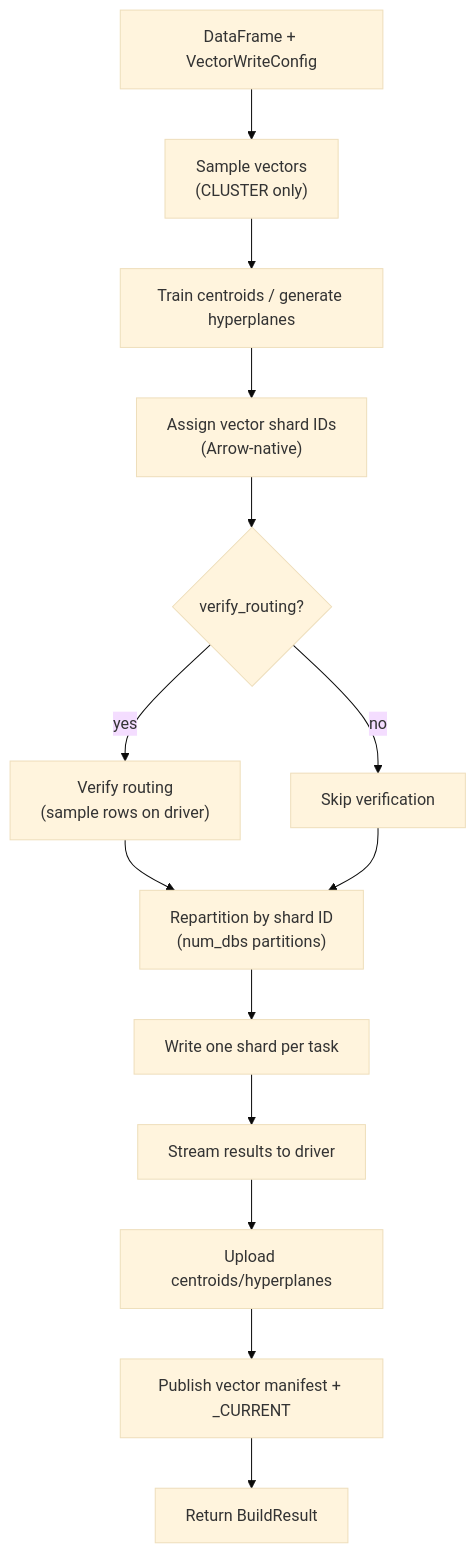
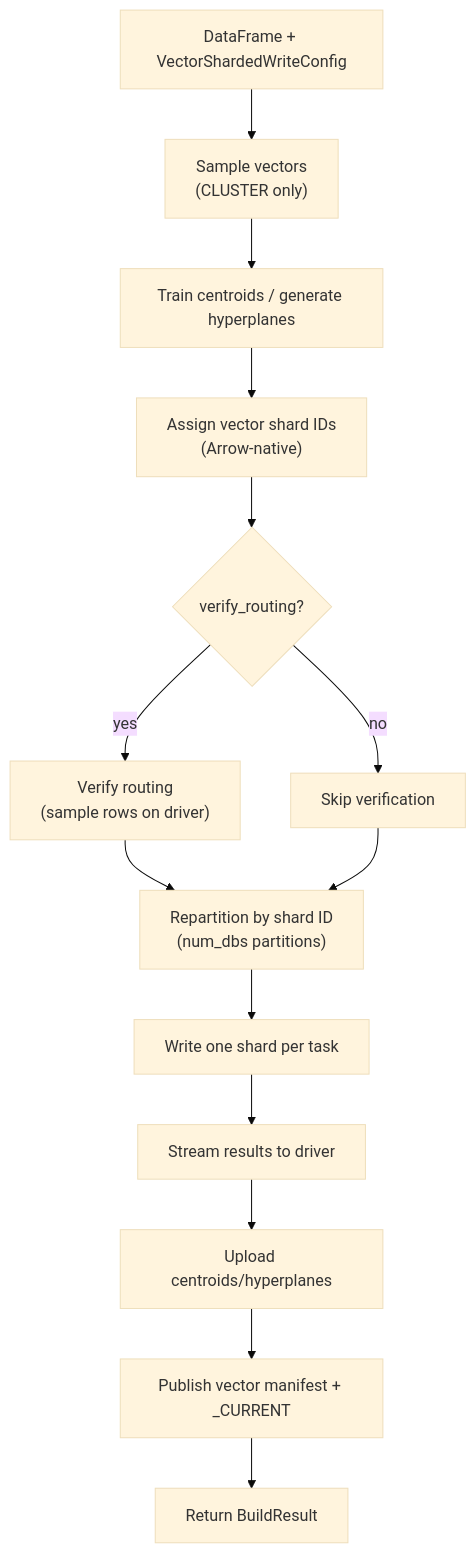
Before and after one commit to elkin/shardyfusion: the diagram in docs/use-cases/vector/build/spark.md, drawn with Mermaid (base theme). The commit also changed other lines of this file and 27 other files, not shown here.

````diff
--- a/docs/use-cases/vector/build/spark.md
+++ b/docs/use-cases/vector/build/spark.md
@@ -116,16 +125,16 @@
 ```mermaid
 flowchart TD
-    A[DataFrame + VectorWriteConfig] --> B["Sample vectors<br/>(CLUSTER only)"]
+    A[DataFrame + VectorShardedWriteConfig] --> B["Sample vectors<br/>(CLUSTER only)"]
     B --> C["Train centroids / generate hyperplanes"]
     C --> D["Assign vector shard IDs<br/>(Arrow-native)"]
     D --> E{"verify_routing?"}
     E -->|yes| F["Verify routing<br/>(sample rows on driver)"]
     E -->|no| G[Skip verification]
     F --> H["Repartition by shard ID<br/>(num_dbs partitions)"]
     G --> H
     H --> I["Write one shard per task"]
     I --> J["Stream results to driver"]
     J --> K["Upload centroids/hyperplanes"]
     K --> L["Publish vector manifest + _CURRENT"]
     L --> M[Return BuildResult]
 ```
````
